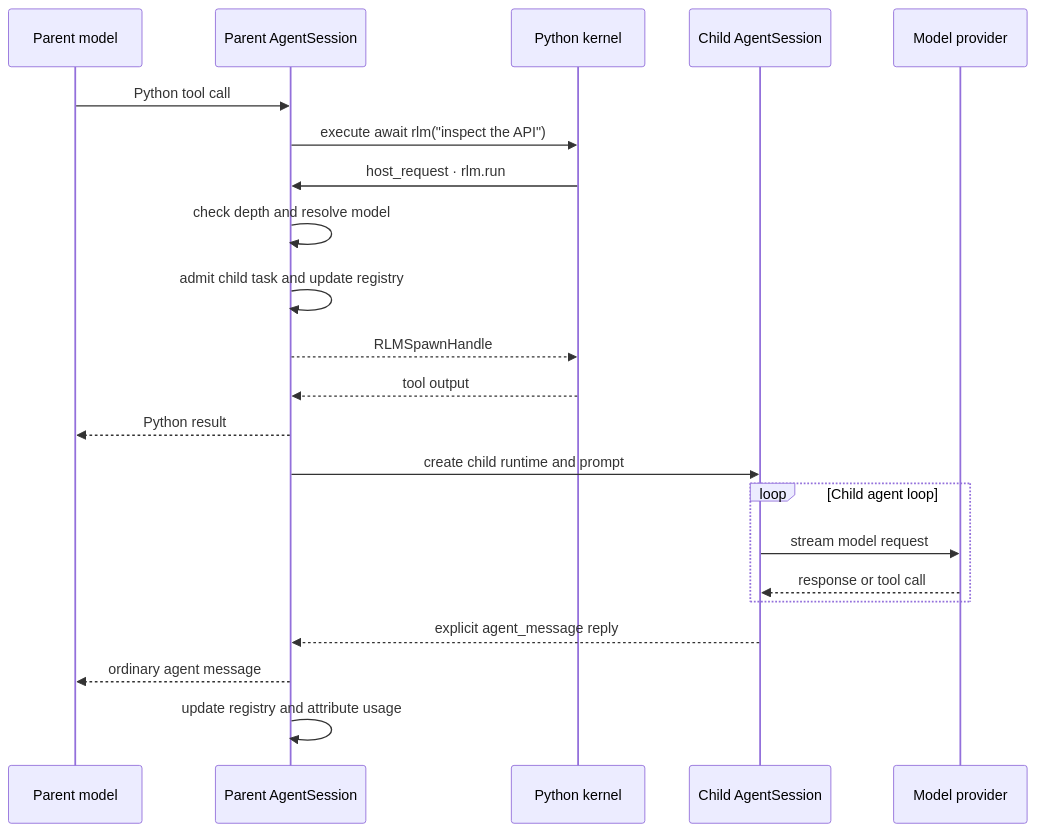
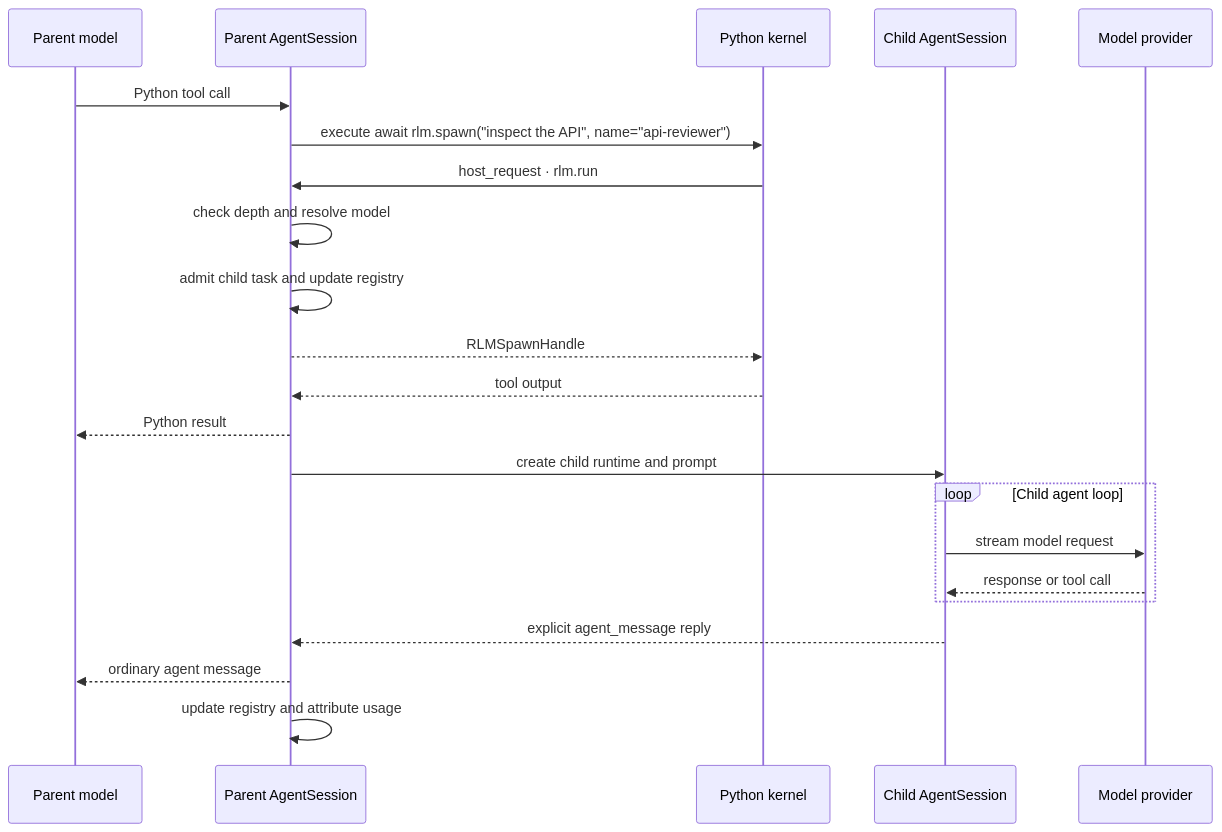
The second of 2 diagrams in packages/coding-agent/docs/rlm-runtime.md (Orcein-Labs/Cyan), drawn with Mermaid before and after one commit. The commit also changed other lines of this file and 24 other files, not shown here.

First line of the commit message:
make recursive subagent spawning an explicit rlm.spawn call (#2152)

````diff
--- a/packages/coding-agent/docs/rlm-runtime.md
+++ b/packages/coding-agent/docs/rlm-runtime.md
@@ -36,25 +36,25 @@
 ```mermaid
 sequenceDiagram
     participant M as Parent model
     participant H as Parent AgentSession
     participant K as Python kernel
     participant C as Child AgentSession
     participant P as Model provider
 
     M->>H: Python tool call
-    H->>K: execute await rlm("inspect the API")
+    H->>K: execute await rlm.spawn("inspect the API", name="api-reviewer")
     K->>H: host_request · rlm.run
     H->>H: check depth and resolve model
     H->>H: admit child task and update registry
     H-->>K: RLMSpawnHandle
     K-->>H: tool output
     H-->>M: Python result
     H->>C: create child runtime and prompt
     loop Child agent loop
         C->>P: stream model request
         P-->>C: response or tool call
     end
     C-->>H: explicit agent_message reply
     H-->>M: ordinary agent message
     H->>H: update registry and attribute usage
 ```
````
